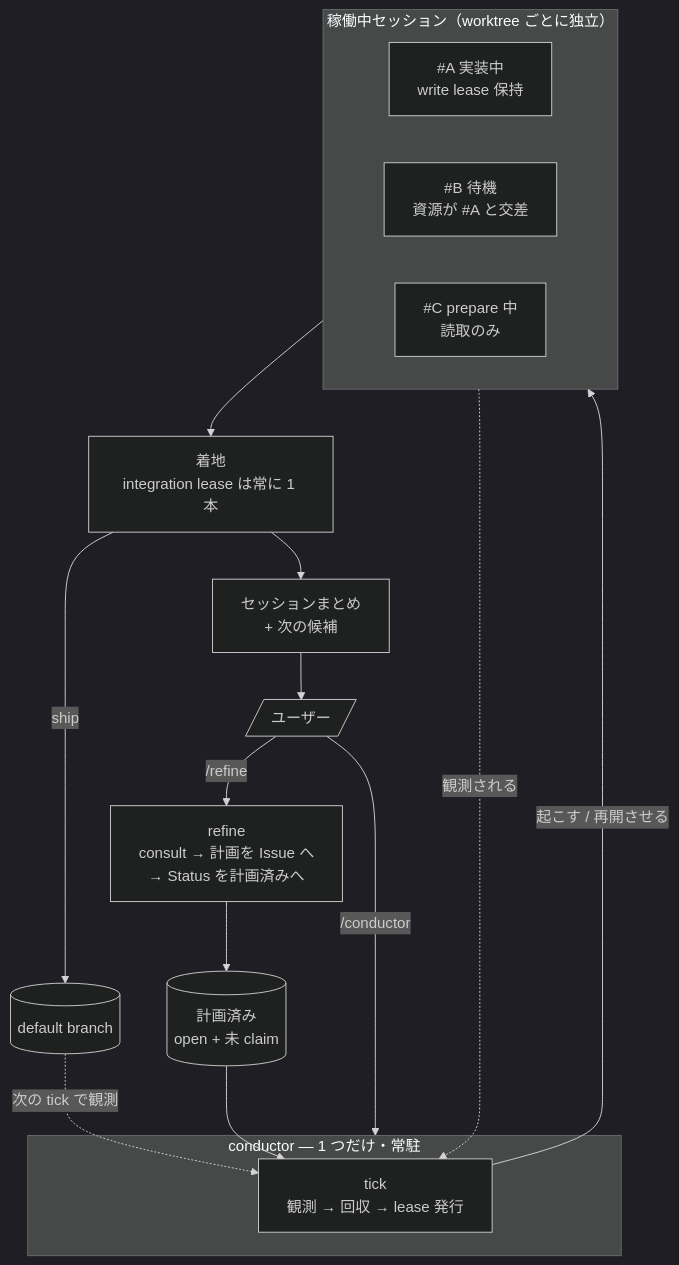
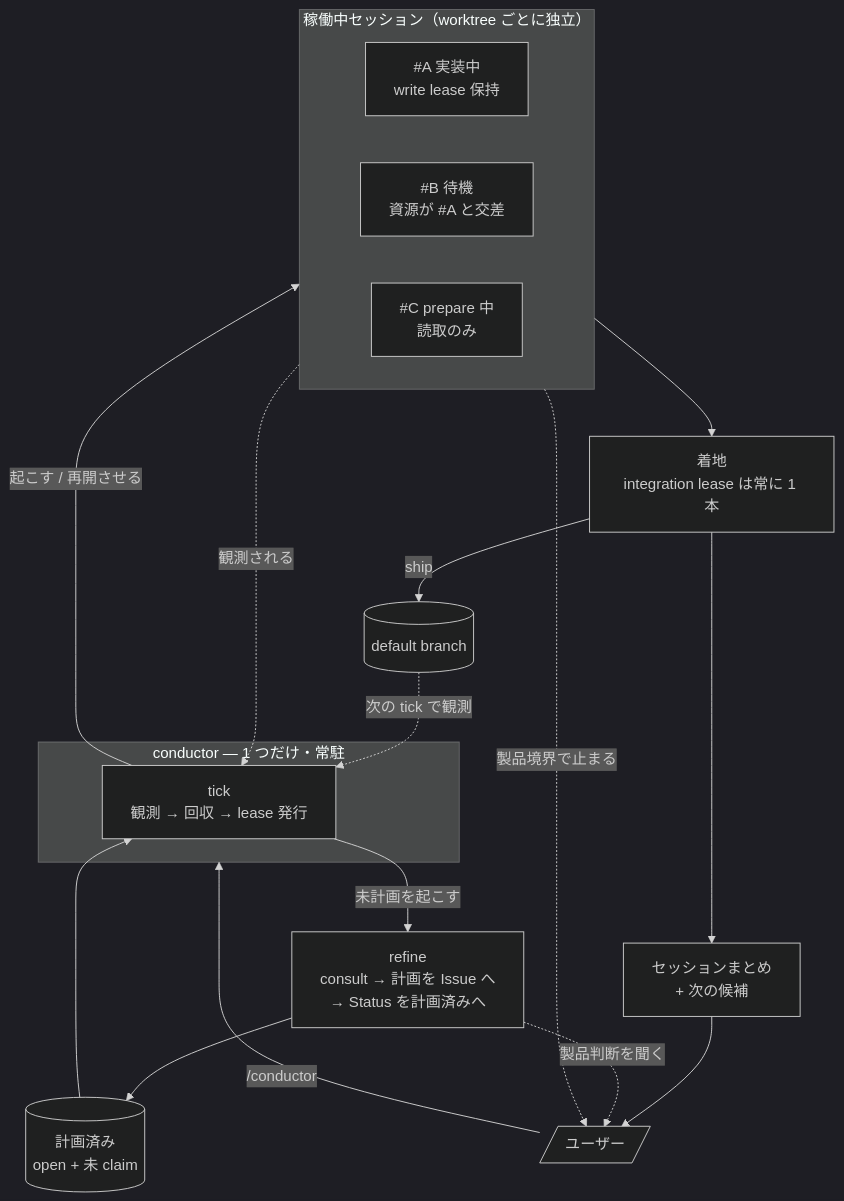
The first of 4 diagrams in agents/skills/README.md (usagizmo/agentfiles), drawn with Mermaid (dark theme) before and after one commit. The commit also changed other lines of this file and 1 other file, not shown here.

First line of the commit message:
📝 [agents] skills/README.md を実態に合わせ、resolve の Issue 化の矛盾を解く

````diff
--- a/agents/skills/README.md
+++ b/agents/skills/README.md
@@ -13,26 +13,28 @@
 ```mermaid
 flowchart TB
-    U[/ユーザー/] -->|/refine| G[refine<br/>consult → 計画を Issue へ<br/>→ Status を計画済みへ]
-    G --> Q[(計画済み<br/>open + 未 claim)]
-    U -->|/conductor| AP
+    U[/ユーザー/] -->|/conductor| AP
 
     subgraph AP["conductor — 1 つだけ・常駐"]
         TICK[tick<br/>観測 → 回収 → lease 発行]
     end
 
+    TICK -->|未計画を起こす| G[refine<br/>consult → 計画を Issue へ<br/>→ Status を計画済みへ]
+    G --> Q[(計画済み<br/>open + 未 claim)]
     Q --> TICK
 
     subgraph RUN["稼働中セッション（worktree ごとに独立）"]
         direction LR
         SA["#A 実装中<br/>write lease 保持"]
         SB["#B 待機<br/>資源が #A と交差"]
         SC["#C prepare 中<br/>読取のみ"]
     end
 
     TICK -->|起こす / 再開させる| RUN
     RUN -.観測される.-> TICK
     SA --> LAND["着地<br/>integration lease は常に 1 本"]
     LAND -->|ship| MAIN[(default branch)]
     MAIN -.次の tick で観測.-> TICK
     LAND --> RP[セッションまとめ<br/>+ 次の候補] --> U
+    G -.製品判断を聞く.-> U
+    RUN -.製品境界で止まる.-> U
 ```
````
